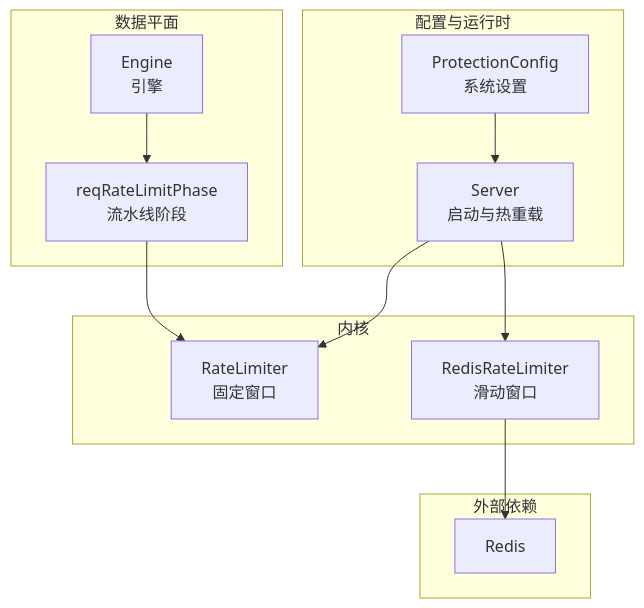
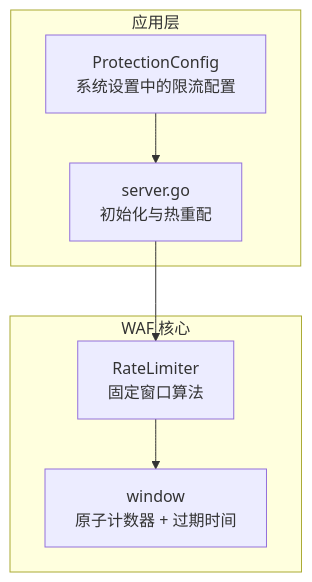
The first of 7 diagrams in docs/WAF 引擎系统/处理阶段详解/请求速率限制阶段.md (x01n/My-OpenWaf), drawn with Mermaid before and after one commit. The commit also changed other lines of this file and 199 other files, not shown here.

````diff
--- a/docs/WAF 引擎系统/处理阶段详解/请求速率限制阶段.md
+++ b/docs/WAF 引擎系统/处理阶段详解/请求速率限制阶段.md
@@ -44,24 +46,14 @@
 ```mermaid
 graph TB
-subgraph "内核"
-RL["RateLimiter<br/>固定窗口"]
-RRL["RedisRateLimiter<br/>滑动窗口"]
+subgraph "WAF 核心"
+RL["RateLimiter<br/>固定窗口算法"]
+RW["window<br/>原子计数器 + 过期时间"]
 end
-subgraph "数据平面"
-PH["reqRateLimitPhase<br/>流水线阶段"]
-ENG["Engine<br/>引擎"]
+subgraph "应用层"
+SVR["server.go<br/>初始化与热重配"]
+CFG["ProtectionConfig<br/>系统设置中的限流配置"]
 end
-subgraph "配置与运行时"
-CFG["ProtectionConfig<br/>系统设置"]
-SRV["Server<br/>启动与热重载"]
-end
-subgraph "外部依赖"
-REDIS["Redis"]
-end
-CFG --> SRV
-SRV --> RL
-SRV --> RRL
-PH --> RL
-ENG --> PH
-RRL --> REDIS
+SVR --> RL
+RL --> RW
+CFG --> SVR
 ```
````
